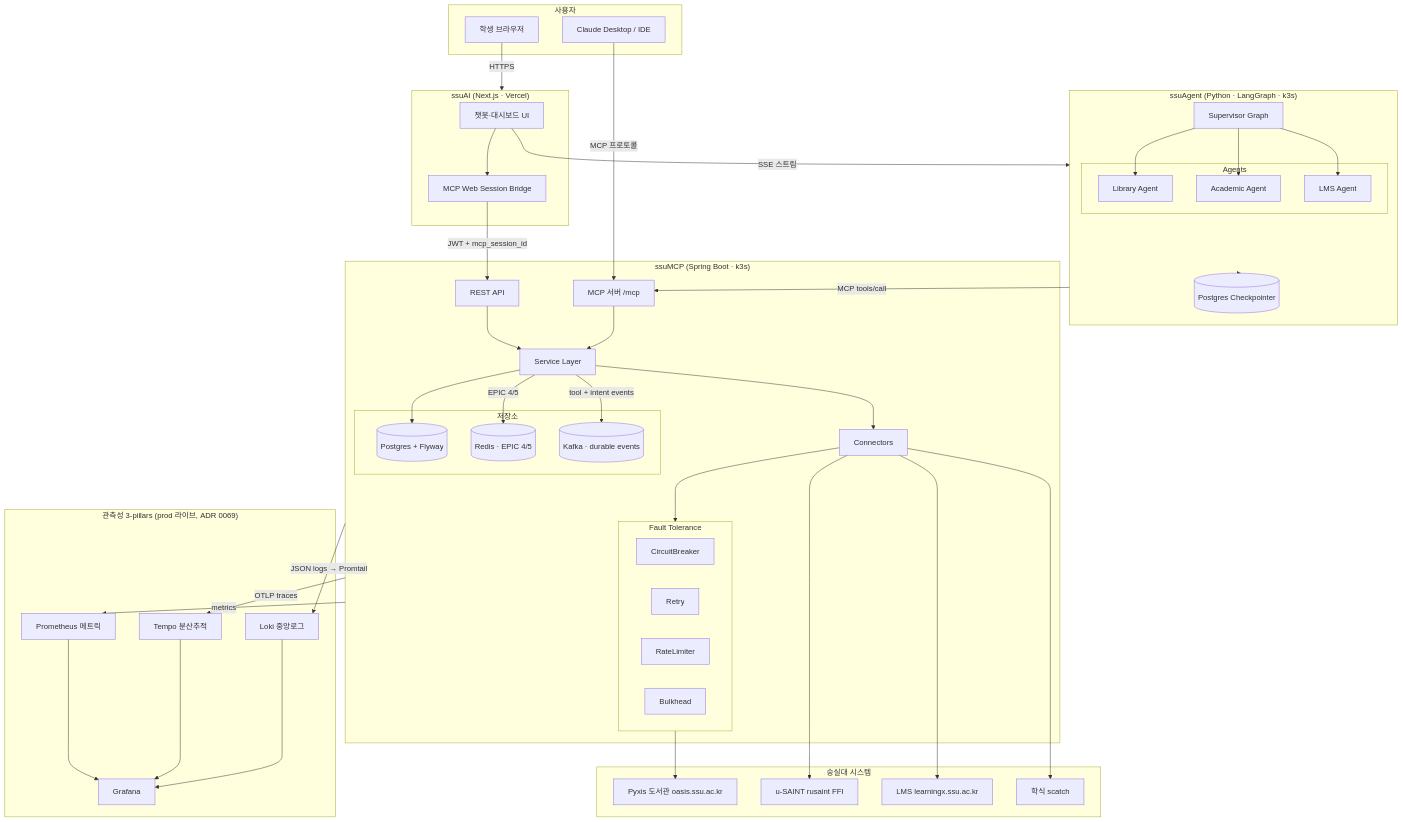
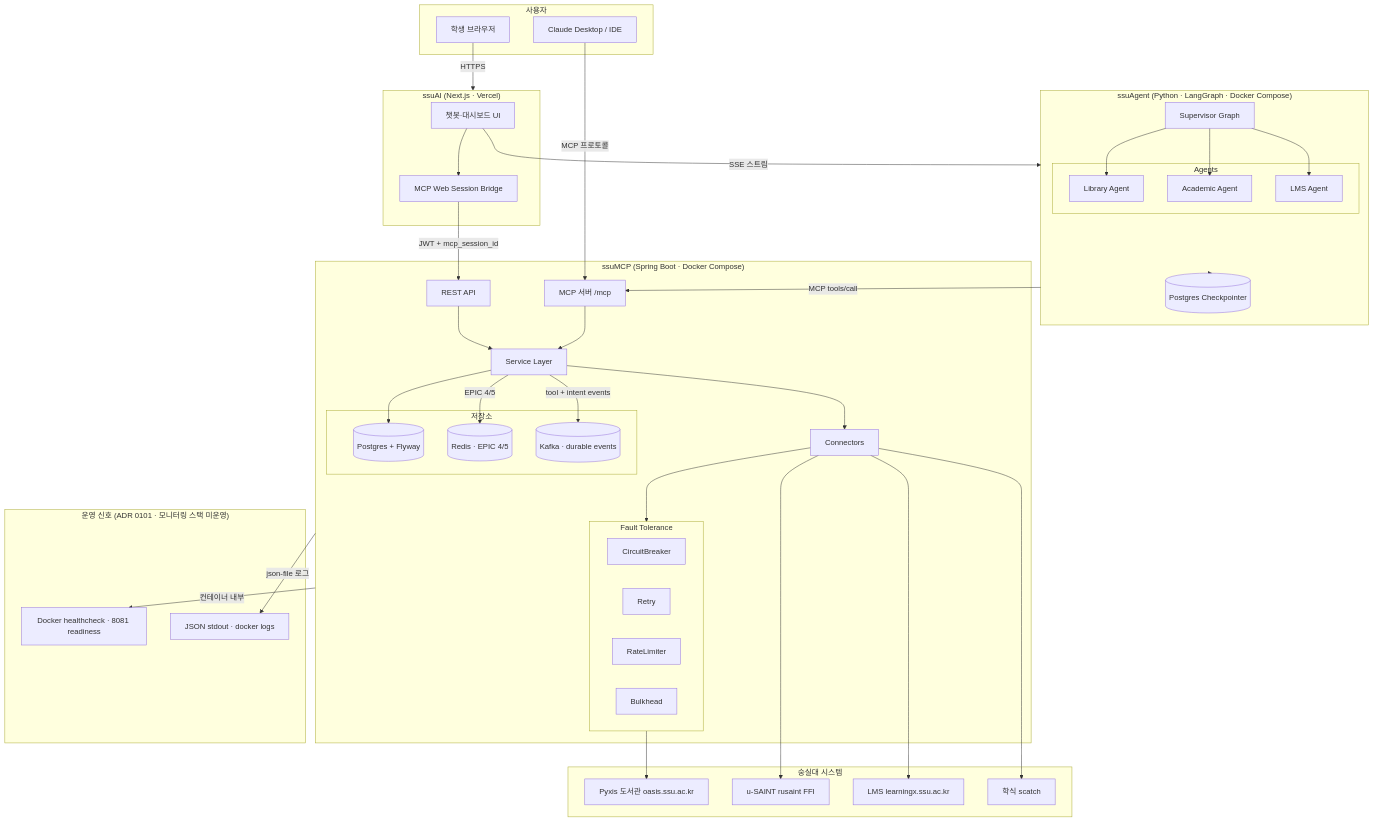
Before and after one commit to ghdtjdwn/ssuMCP: the first of 3 diagrams in docs/architecture.md, drawn with Mermaid. The commit also changed other lines of this file and 6 other files, not shown here.

First line of the commit message:
docs: k3s/ArgoCD를 현재형으로 쓰던 README·아키텍처 다이어그램·운영 문서를 단일 VM Compose 기준으로 정정 (#294)

````diff
--- a/docs/architecture.md
+++ b/docs/architecture.md
@@ -28,80 +28,74 @@
 ```mermaid
 flowchart TD
     subgraph User["사용자"]
         STU[학생 브라우저]
         CD[Claude Desktop / IDE]
     end
 
     subgraph ssuAI["ssuAI (Next.js · Vercel)"]
         UI[챗봇·대시보드 UI]
         BRIDGE[MCP Web Session Bridge]
     end
 
-    subgraph ssuAgent["ssuAgent (Python · LangGraph · k3s)"]
+    subgraph ssuAgent["ssuAgent (Python · LangGraph · Docker Compose)"]
         SUP[Supervisor Graph]
         subgraph Agents
             LIB_A[Library Agent]
             ACA_A[Academic Agent]
             LMS_A[LMS Agent]
         end
         CKPT[(Postgres Checkpointer)]
     end
 
-    subgraph ssuMCP["ssuMCP (Spring Boot · k3s)"]
+    subgraph ssuMCP["ssuMCP (Spring Boot · Docker Compose)"]
         REST[REST API]
         MCP_S[MCP 서버 /mcp]
         SVC[Service Layer]
         CONN[Connectors]
         subgraph Resilience["Fault Tolerance"]
             CB[CircuitBreaker]
             RETRY[Retry]
             RL[RateLimiter]
             BH[Bulkhead]
         end
         subgraph Storage["저장소"]
             PG[(Postgres + Flyway)]
             REDIS[(Redis · EPIC 4/5)]
             KAFKA[(Kafka · durable events)]
         end
     end
 
     subgraph School["숭실대 시스템"]
         PYXIS[Pyxis 도서관 oasis.ssu.ac.kr]
         SAINT[u-SAINT rusaint FFI]
         LMS_SYS[LMS learningx.ssu.ac.kr]
         MEAL_S[학식 scatch]
     end
 
-    subgraph Observability["관측성 3-pillars (prod 라이브, ADR 0069)"]
-        PROM[Prometheus 메트릭]
-        TEMPO[Tempo 분산추적]
-        LOKI[Loki 중앙로그]
-        GRAF[Grafana]
+    subgraph Ops["운영 신호 (ADR 0101 · 모니터링 스택 미운영)"]
+        HC[Docker healthcheck · 8081 readiness]
+        LOGS[JSON stdout · docker logs]
     end
 
     STU -->|HTTPS| ssuAI
     CD -->|MCP 프로토콜| MCP_S
     UI --> BRIDGE
     BRIDGE -->|JWT + mcp_session_id| REST
     UI -->|SSE 스트림| ssuAgent
     SUP --> LIB_A & ACA_A & LMS_A
     ssuAgent -->|MCP tools/call| MCP_S
     REST --> SVC
     MCP_S --> SVC
     SVC --> CONN
     SVC --> PG
     SVC -->|EPIC 4/5| REDIS
     SVC -->|tool + intent events| KAFKA
     CONN --> Resilience
     Resilience --> PYXIS
     CONN --> SAINT
     CONN --> LMS_SYS
     CONN --> MEAL_S
-    ssuMCP -->|metrics| PROM
-    ssuMCP -->|OTLP traces| TEMPO
-    ssuMCP -->|JSON logs → Promtail| LOKI
-    PROM --> GRAF
-    TEMPO --> GRAF
-    LOKI --> GRAF
+    ssuMCP -->|컨테이너 내부| HC
+    ssuMCP -->|json-file 로그| LOGS
     ssuAgent --> CKPT
 ```
````
